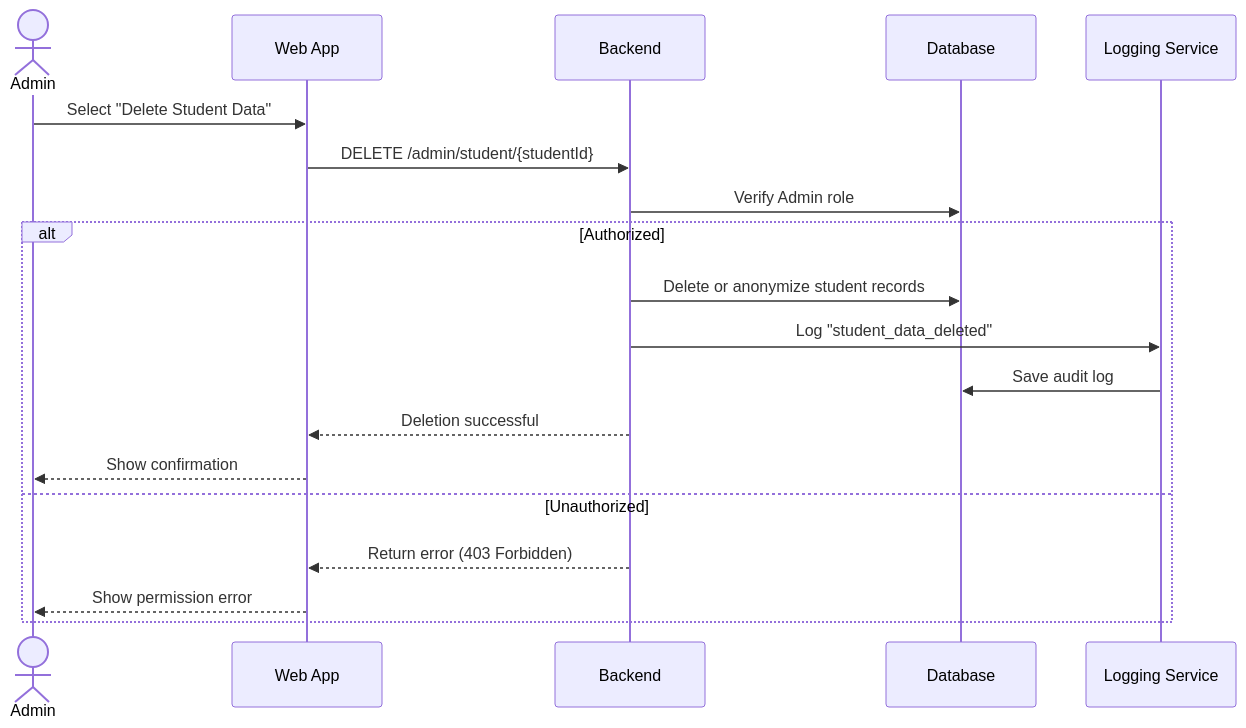
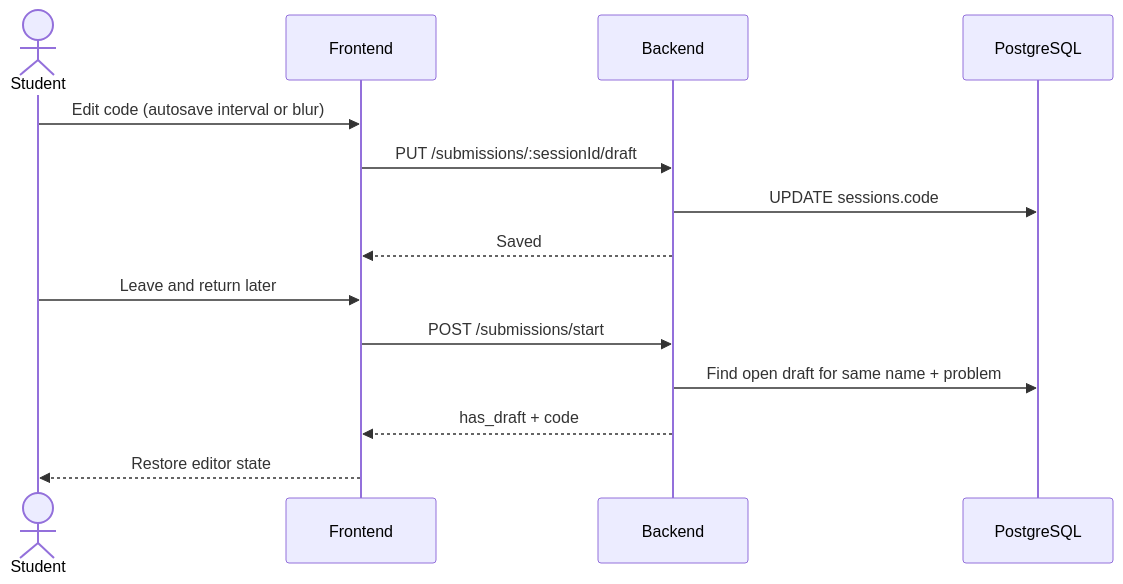
Diagram 15 of 16 in documentation/docs/system-architecture/sequence-diagrams.md (Capstone-Projects-2026-spring/project-auto-suggestion-quiz), drawn with Mermaid before and after one commit. The commit also changed other lines of this file and 5 other files, not shown here.

````diff
--- a/documentation/docs/system-architecture/sequence-diagrams.md
+++ b/documentation/docs/system-architecture/sequence-diagrams.md
@@ -159,22 +347,17 @@
 ```mermaid
 sequenceDiagram
-  actor Admin
-  participant UI as Web App
+  actor Student
+  participant FE as Frontend
   participant API as Backend
-  participant DB as Database
-  participant LOG as Logging Service
+  participant DB as PostgreSQL
 
-  Admin->>UI: Select "Delete Student Data"
-  UI->>API: DELETE /admin/student/{studentId}
-  API->>DB: Verify Admin role
-  alt Authorized
-    API->>DB: Delete or anonymize student records
-    API->>LOG: Log "student_data_deleted"
-    LOG->>DB: Save audit log
-    API-->>UI: Deletion successful
-    UI-->>Admin: Show confirmation
-  else Unauthorized
-    API-->>UI: Return error (403 Forbidden)
-    UI-->>Admin: Show permission error
-  end
+  Student->>FE: Edit code (autosave interval or blur)
+  FE->>API: PUT /submissions/:sessionId/draft
+  API->>DB: UPDATE sessions.code
+  API-->>FE: Saved
+  Student->>FE: Leave and return later
+  FE->>API: POST /submissions/start
+  API->>DB: Find open draft for same name + problem
+  API-->>FE: has_draft + code
+  FE-->>Student: Restore editor state
 ```
````
